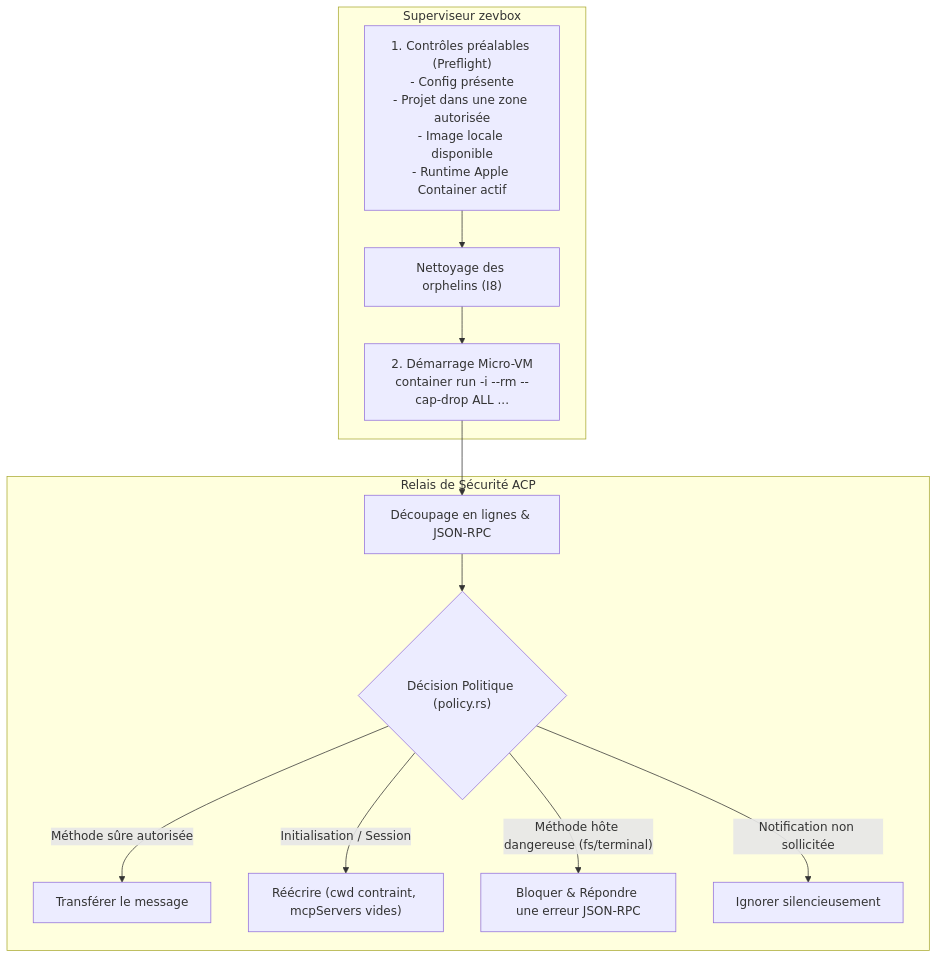
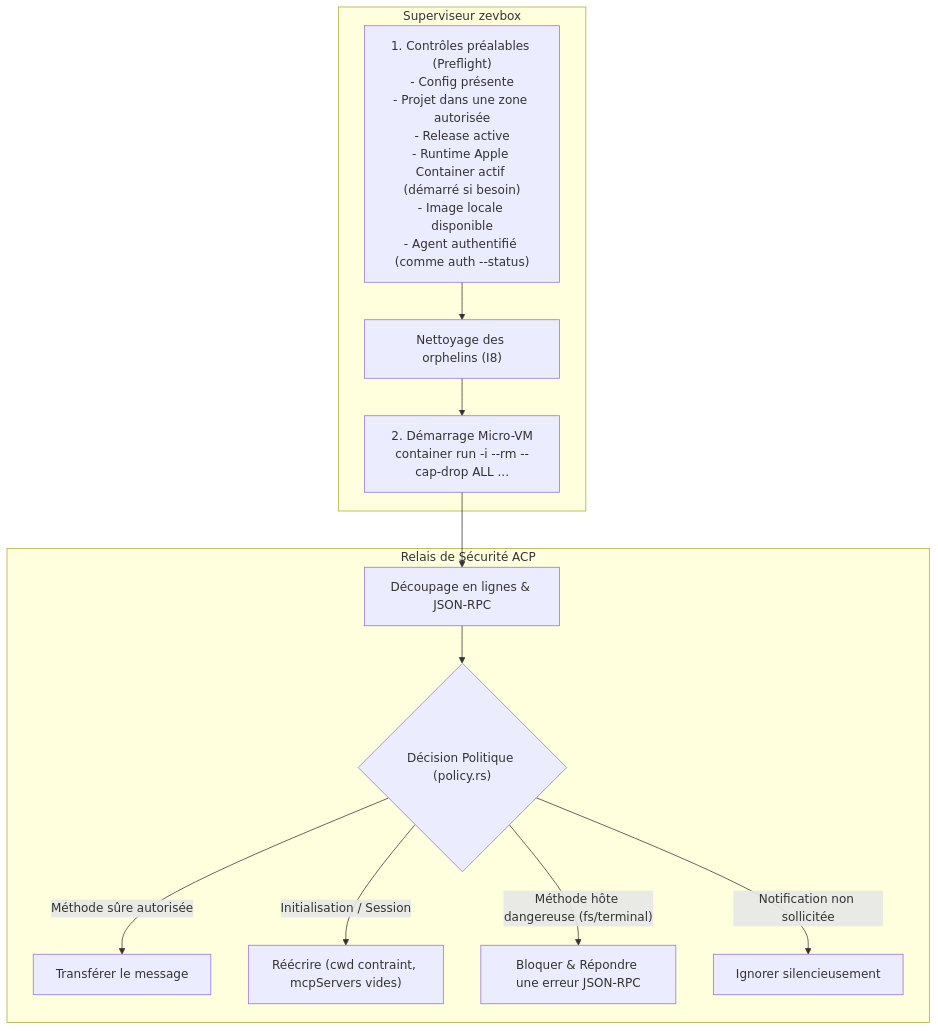
The third of 8 diagrams in docs/fr/ARCHITECTURE.md (brainztorm/zevbox), drawn with Mermaid before and after one commit. The commit also changed other lines of this file and 12 other files, not shown here.

````diff
--- a/docs/fr/ARCHITECTURE.md
+++ b/docs/fr/ARCHITECTURE.md
@@ -114,26 +116,26 @@
 ```mermaid
 flowchart TD
     subgraph SupervisorArea ["Superviseur zevbox"]
-        Preflight["1. Contrôles préalables (Preflight)\n- Config présente\n- Projet dans une zone autorisée\n- Image locale disponible\n- Runtime Apple Container actif"]
+        Preflight["1. Contrôles préalables (Preflight)\n- Config présente\n- Projet dans une zone autorisée\n- Release active\n- Runtime Apple Container actif (démarré si besoin)\n- Image locale disponible\n- Agent authentifié (comme auth --status)"]
         Spawn["2. Démarrage Micro-VM\ncontainer run -i --rm --cap-drop ALL ..."]
         CleanOrphans["Nettoyage des orphelins (I8)"]
     end
 
     subgraph RelayArea ["Relais de Sécurité ACP"]
         Parser["Découpage en lignes & JSON-RPC"]
         PolicyCheck{"Décision Politique (policy.rs)"}
         Forward["Transférer le message"]
         Rewrite["Réécrire (cwd contraint, mcpServers vides)"]
         Block["Bloquer & Répondre une erreur JSON-RPC"]
         Drop["Ignorer silencieusement"]
     end
 
     Preflight --> CleanOrphans
     CleanOrphans --> Spawn
     Spawn --> Parser
     Parser --> PolicyCheck
     PolicyCheck -->|"Méthode sûre autorisée"| Forward
     PolicyCheck -->|"Initialisation / Session"| Rewrite
     PolicyCheck -->|"Méthode hôte dangereuse (fs/terminal)"| Block
     PolicyCheck -->|"Notification non sollicitée"| Drop
 ```
````
